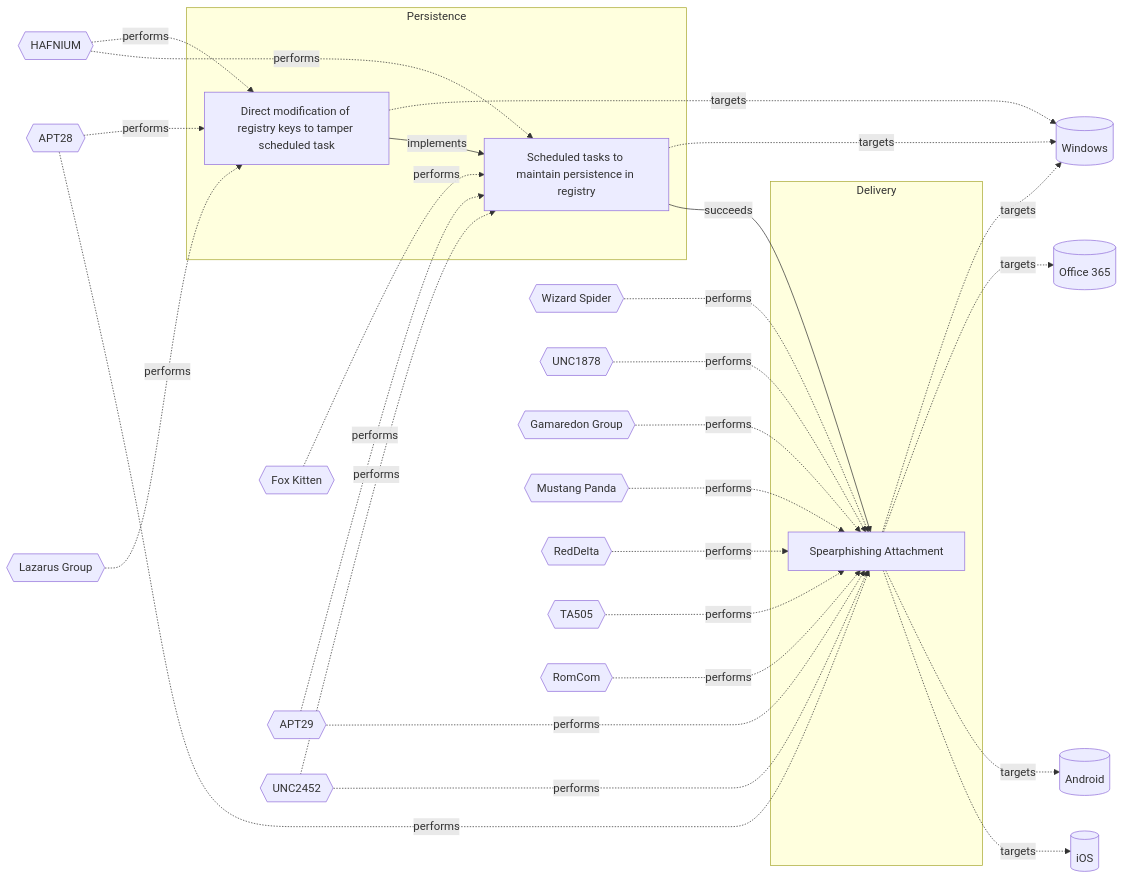
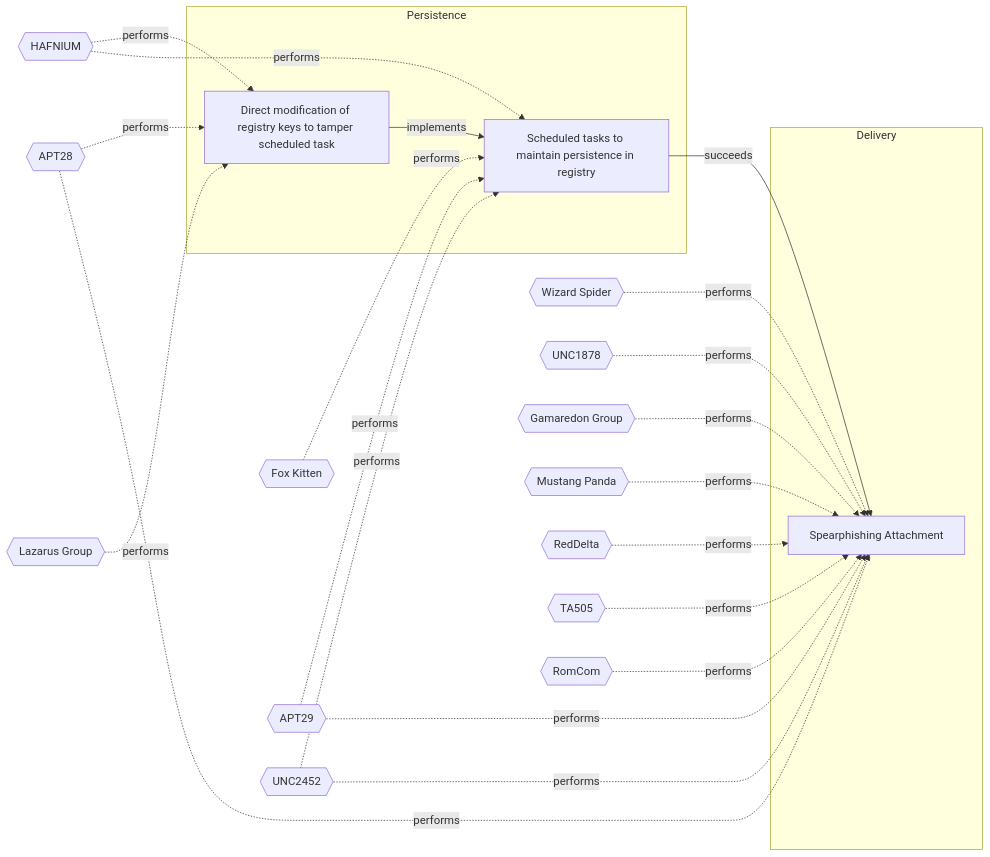
The diagram in Models/Threat Vectors/☣️ Direct modification of registry keys to tamper scheduled task.md (OpenTideHQ/WikiTide), drawn with Mermaid before and after one commit. The commit also changed other lines of this file and 232 other files, not shown here.

````diff
--- a/Models/Threat Vectors/☣️ Direct modification of registry keys to tamper scheduled task.md
+++ b/Models/Threat Vectors/☣️ Direct modification of registry keys to tamper scheduled task.md
@@ -115,62 +115,52 @@
 ```mermaid
 
 flowchart LR
 
 efe13bd7-c621-423b-b226-9b536766a252[Direct modification of registry keys to tamper scheduled task]
 5e66f826-4c4b-4357-b9c5-2f40da207f34[Scheduled tasks to maintain persistence in registry]
 dd5d942c-bac4-4000-b9a6-ca4fef6cfb84[Spearphishing Attachment]
 
 subgraph Persistence
 efe13bd7-c621-423b-b226-9b536766a252
 5e66f826-4c4b-4357-b9c5-2f40da207f34
 end
 subgraph Delivery
 dd5d942c-bac4-4000-b9a6-ca4fef6cfb84
 end
 
-Windows[(Windows)]
-Office365[(Office 365)]
-Android[(Android)]
-iOS[(iOS)]
 HAFNIUM{{HAFNIUM}}
 APT28{{APT28}}
 LazarusGroup{{Lazarus Group}}
 FoxKitten{{Fox Kitten}}
 APT29{{APT29}}
 UNC2452{{UNC2452}}
 WizardSpider{{Wizard Spider}}
 UNC1878{{UNC1878}}
 GamaredonGroup{{Gamaredon Group}}
 MustangPanda{{Mustang Panda}}
 RedDelta{{RedDelta}}
 TA505{{TA505}}
 RomCom{{RomCom}}
 
-efe13bd7-c621-423b-b226-9b536766a252 -.->|targets| Windows
-5e66f826-4c4b-4357-b9c5-2f40da207f34 -.->|targets| Windows
-dd5d942c-bac4-4000-b9a6-ca4fef6cfb84 -.->|targets| Windows
-dd5d942c-bac4-4000-b9a6-ca4fef6cfb84 -.->|targets| Office365
-dd5d942c-bac4-4000-b9a6-ca4fef6cfb84 -.->|targets| Android
-dd5d942c-bac4-4000-b9a6-ca4fef6cfb84 -.->|targets| iOS
 HAFNIUM -.-> |performs| efe13bd7-c621-423b-b226-9b536766a252
 APT28 -.-> |performs| efe13bd7-c621-423b-b226-9b536766a252
 LazarusGroup -.-> |performs| efe13bd7-c621-423b-b226-9b536766a252
 HAFNIUM -.-> |performs| 5e66f826-4c4b-4357-b9c5-2f40da207f34
 FoxKitten -.-> |performs| 5e66f826-4c4b-4357-b9c5-2f40da207f34
 APT29 -.-> |performs| 5e66f826-4c4b-4357-b9c5-2f40da207f34
 UNC2452 -.-> |performs| 5e66f826-4c4b-4357-b9c5-2f40da207f34
 APT29 -.-> |performs| dd5d942c-bac4-4000-b9a6-ca4fef6cfb84
 UNC2452 -.-> |performs| dd5d942c-bac4-4000-b9a6-ca4fef6cfb84
 WizardSpider -.-> |performs| dd5d942c-bac4-4000-b9a6-ca4fef6cfb84
 UNC1878 -.-> |performs| dd5d942c-bac4-4000-b9a6-ca4fef6cfb84
 GamaredonGroup -.-> |performs| dd5d942c-bac4-4000-b9a6-ca4fef6cfb84
 APT28 -.-> |performs| dd5d942c-bac4-4000-b9a6-ca4fef6cfb84
 MustangPanda -.-> |performs| dd5d942c-bac4-4000-b9a6-ca4fef6cfb84
 RedDelta -.-> |performs| dd5d942c-bac4-4000-b9a6-ca4fef6cfb84
 TA505 -.-> |performs| dd5d942c-bac4-4000-b9a6-ca4fef6cfb84
 RomCom -.-> |performs| dd5d942c-bac4-4000-b9a6-ca4fef6cfb84
 
 efe13bd7-c621-423b-b226-9b536766a252 -->|implements| 5e66f826-4c4b-4357-b9c5-2f40da207f34
 5e66f826-4c4b-4357-b9c5-2f40da207f34 -->|succeeds| dd5d942c-bac4-4000-b9a6-ca4fef6cfb84
 
 ```
````
